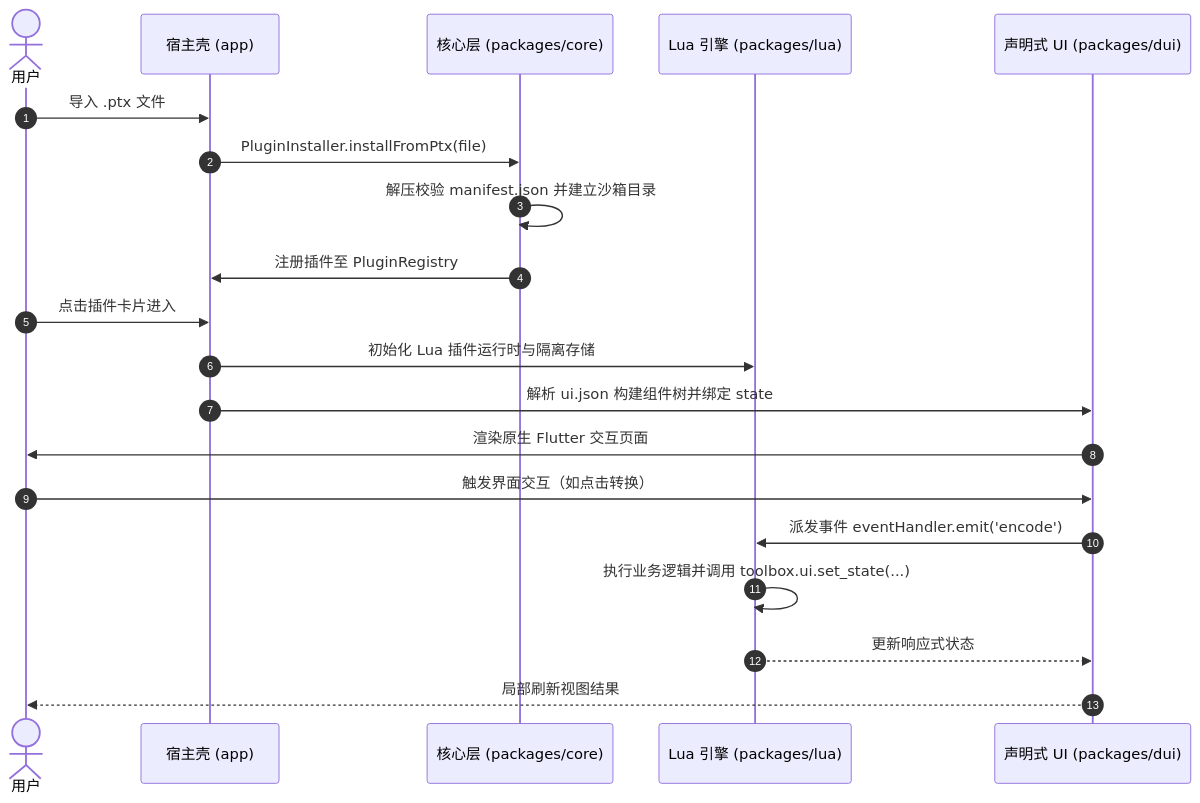
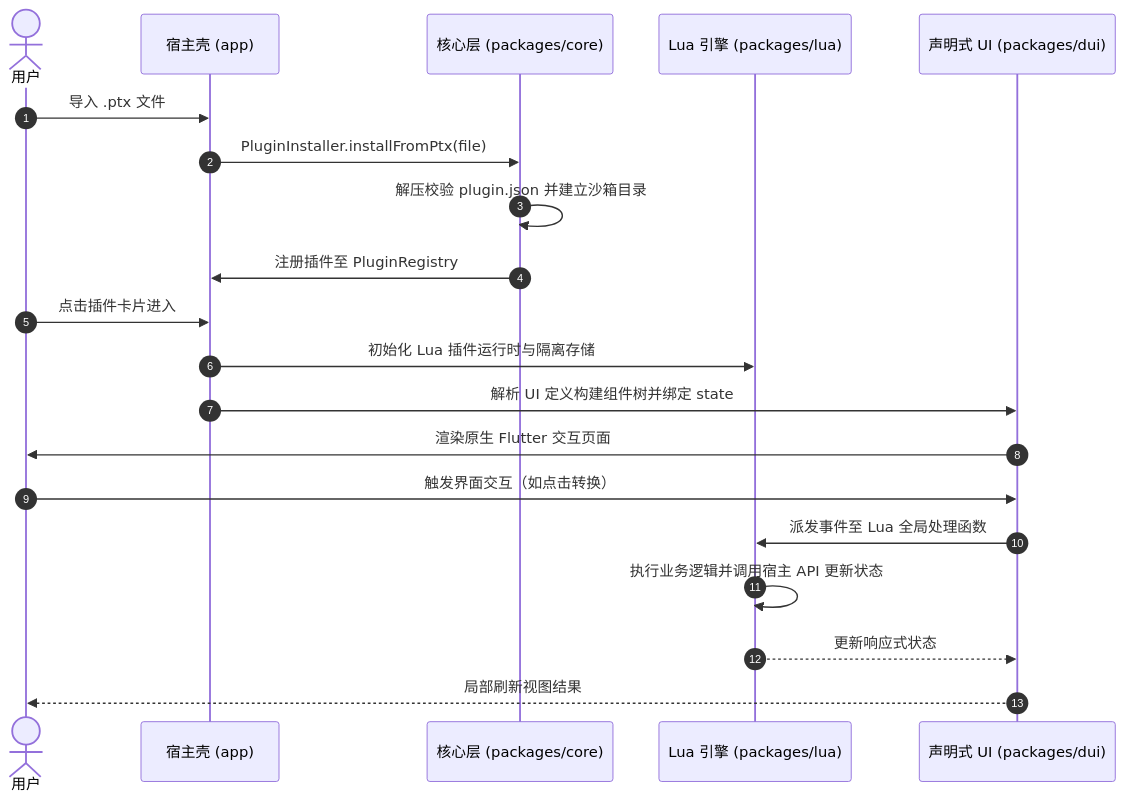
Before and after one commit to Aclguh/plugin-toolbox: the diagram in README.md, drawn with Mermaid. The commit also changed other lines of this file and 1 other file, not shown here.

````diff
--- a/README.md
+++ b/README.md
@@ -65,23 +65,23 @@
 ```mermaid
 sequenceDiagram
     autonumber
     actor User as 用户
     participant App as 宿主壳 (app)
     participant Core as 核心层 (packages/core)
     participant Lua as Lua 引擎 (packages/lua)
     participant DUI as 声明式 UI (packages/dui)
 
     User->>App: 导入 .ptx 文件
     App->>Core: PluginInstaller.installFromPtx(file)
-    Core->>Core: 解压校验 manifest.json 并建立沙箱目录
+    Core->>Core: 解压校验 plugin.json 并建立沙箱目录
     Core->>App: 注册插件至 PluginRegistry
     User->>App: 点击插件卡片进入
     App->>Lua: 初始化 Lua 插件运行时与隔离存储
-    App->>DUI: 解析 ui.json 构建组件树并绑定 state
+    App->>DUI: 解析 UI 定义构建组件树并绑定 state
     DUI->>User: 渲染原生 Flutter 交互页面
     User->>DUI: 触发界面交互（如点击转换）
-    DUI->>Lua: 派发事件 eventHandler.emit('encode')
-    Lua->>Lua: 执行业务逻辑并调用 toolbox.ui.set_state(...)
+    DUI->>Lua: 派发事件至 Lua 全局处理函数
+    Lua->>Lua: 执行业务逻辑并调用宿主 API 更新状态
     Lua-->>DUI: 更新响应式状态
     DUI-->>User: 局部刷新视图结果
 ```
````
